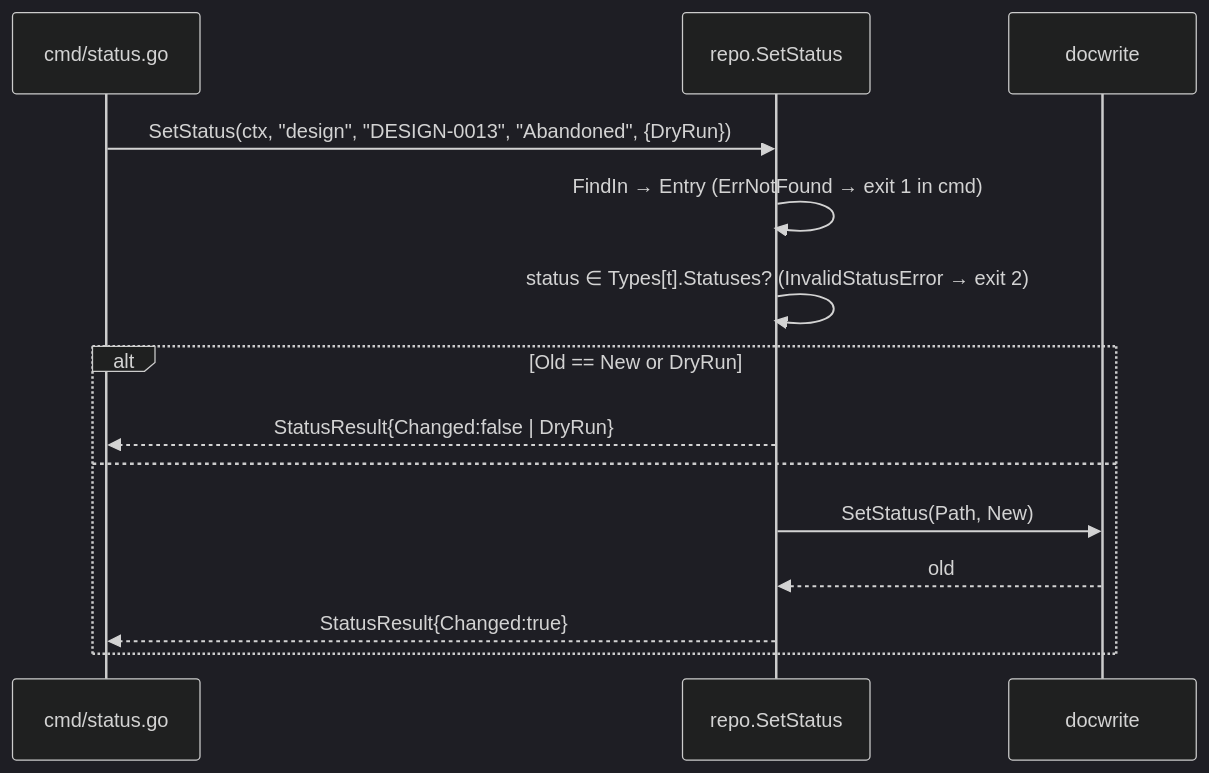
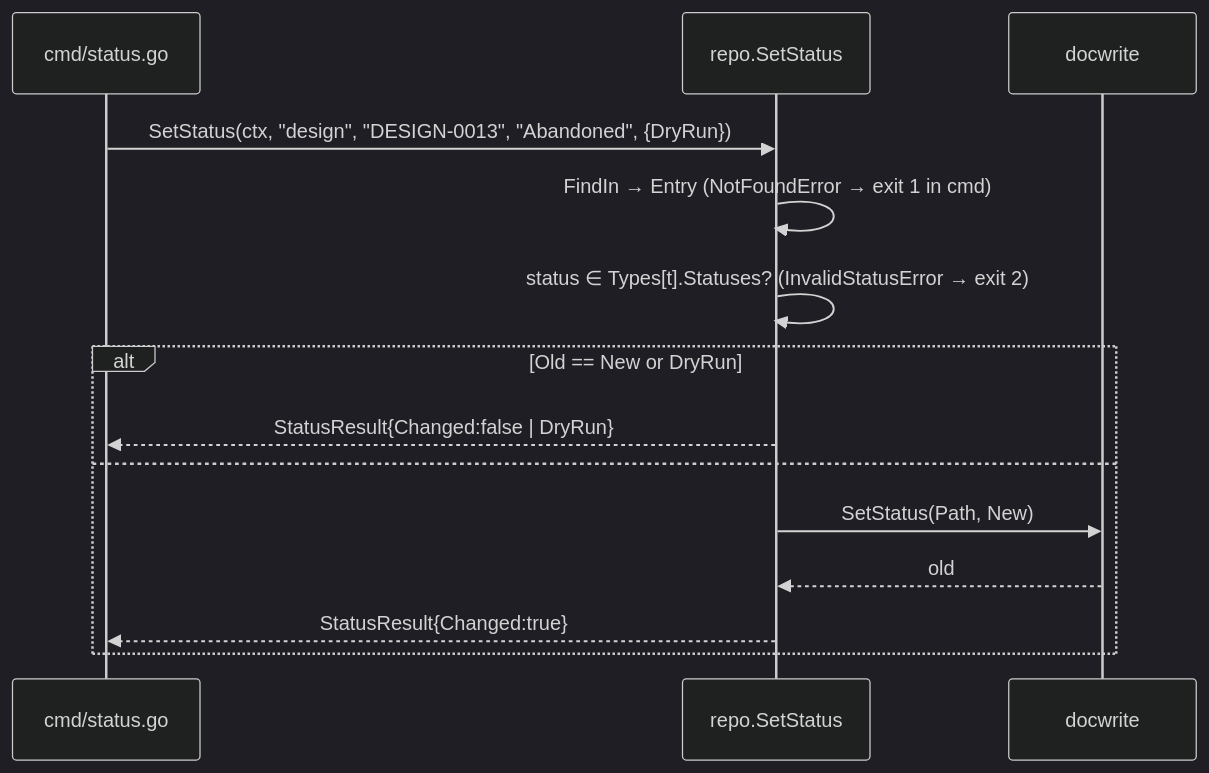
Before and after one commit to donaldgifford/docz: the fourth of 15 diagrams in docs/design/0014-the-docz-api-as-one-unit-packages-types-functions-and-the-cmd.md, drawn with Mermaid (dark theme). The commit also changed other lines of this file and 1 other file, not shown here.

````diff
--- a/docs/design/0014-the-docz-api-as-one-unit-packages-types-functions-and-the-cmd.md
+++ b/docs/design/0014-the-docz-api-as-one-unit-packages-types-functions-and-the-cmd.md
@@ -602,16 +607,16 @@
 ```mermaid
 sequenceDiagram
   participant cmd as cmd/status.go
   participant R as repo.SetStatus
   participant W as docwrite
   cmd->>R: SetStatus(ctx, "design", "DESIGN-0013", "Abandoned", {DryRun})
-  R->>R: FindIn → Entry (ErrNotFound → exit 1 in cmd)
+  R->>R: FindIn → Entry (NotFoundError → exit 1 in cmd)
   R->>R: status ∈ Types[t].Statuses? (InvalidStatusError → exit 2)
   alt Old == New or DryRun
     R-->>cmd: StatusResult{Changed:false | DryRun}
   else
     R->>W: SetStatus(Path, New)
     W-->>R: old
     R-->>cmd: StatusResult{Changed:true}
   end
 ```
````
